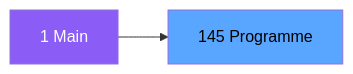
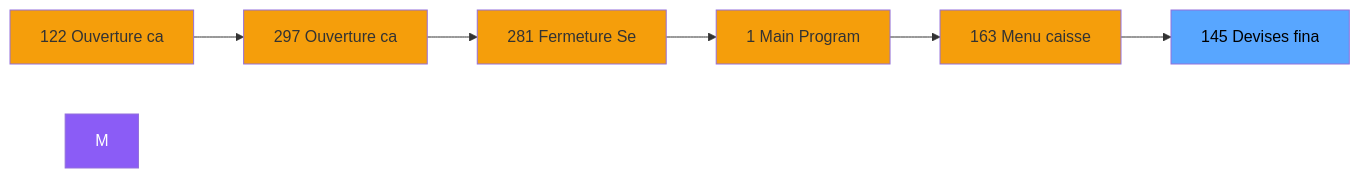
Before and after one commit to thonyAGP/magic-migration: the second of 3 diagrams in .openspec/specs/ADH-IDE-145.md, drawn with Mermaid. The commit also changed other lines of this file and 323 other files, not shown here.

````diff
--- a/.openspec/specs/ADH-IDE-145.md
+++ b/.openspec/specs/ADH-IDE-145.md
@@ -98,8 +112,21 @@
 ```mermaid
 graph LR
-    M[1 Main]
-    T[145 Programme]
-    M --> T
+    N122[122 Ouverture ca]
+    N297[297 Ouverture ca]
+    N281[281 Fermeture Se]
+    N1[1 Main Program]
+    N163[163 Menu caisse ]
+    T[145 Devises fina]
+    N122 --> N297
+    N297 --> N281
+    N281 --> N1
+    N1 --> N163
+    N163 --> T
     style M fill:#8b5cf6,color:#fff
+    style N122 fill:#f59e0b
+    style N297 fill:#f59e0b
+    style N281 fill:#f59e0b
+    style N1 fill:#f59e0b
+    style N163 fill:#f59e0b
     style T fill:#58a6ff,color:#000
 ```
````
